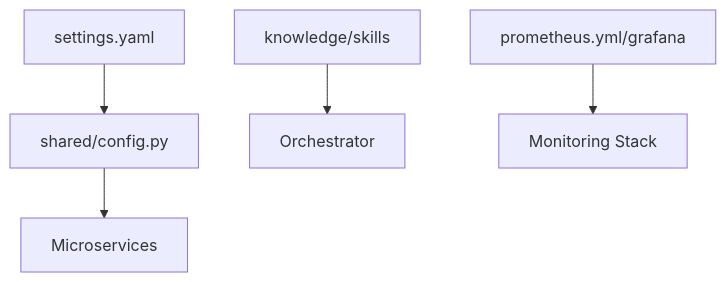
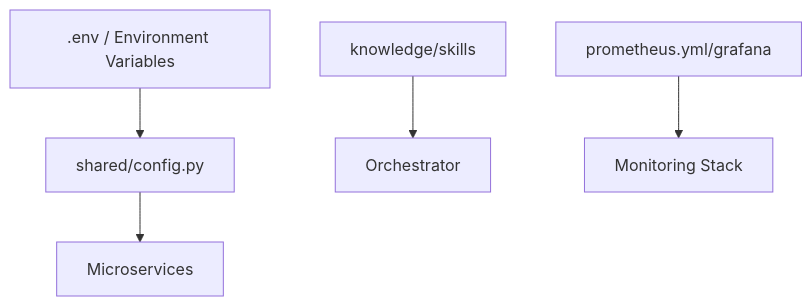
One commit to azzindani/Kea changed the diagram in configs/README.md. Above: the diagram before and after it, drawn with Mermaid. The commit also changed other lines of this file and 253 other files, not shown here.

````diff
--- a/configs/README.md
+++ b/configs/README.md
@@ -19,9 +19,9 @@
 ```mermaid
 graph TD
-    YAML[settings.yaml] --> Config[shared/config.py]
+    Env[.env / Environment Variables] --> Config[shared/config.py]
     Config --> Services[Microservices]
     
     Knowledge[knowledge/skills] --> Orch[Orchestrator]
     
     Monitor[prometheus.yml/grafana] --> Stack[Monitoring Stack]
 ```
````
